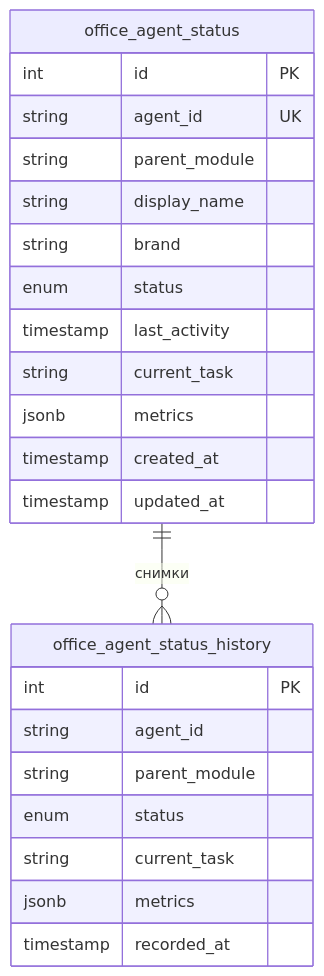
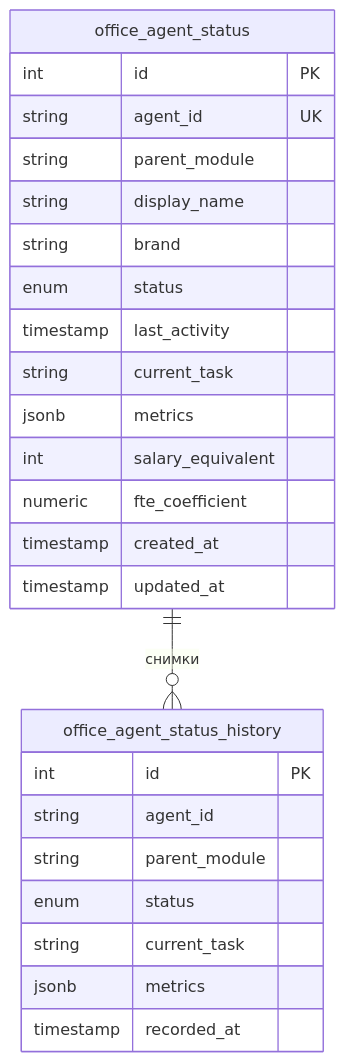
Before and after one commit to Sign25/Docs: the diagram in office/adolf_office_2_database_v1_0.md, drawn with Mermaid. The commit also changed other lines of this file, not shown here.

````diff
--- a/office/adolf_office_2_database_v1_0.md
+++ b/office/adolf_office_2_database_v1_0.md
@@ -9,28 +9,30 @@
 ```mermaid
 erDiagram
     office_agent_status {
         int id PK
         string agent_id UK
         string parent_module
         string display_name
         string brand
         enum status
         timestamp last_activity
         string current_task
         jsonb metrics
+        int salary_equivalent
+        numeric fte_coefficient
         timestamp created_at
         timestamp updated_at
     }
     
     office_agent_status_history {
         int id PK
         string agent_id
         string parent_module
         enum status
         string current_task
         jsonb metrics
         timestamp recorded_at
     }
     
     office_agent_status ||--o{ office_agent_status_history : "снимки"
 ```
````
